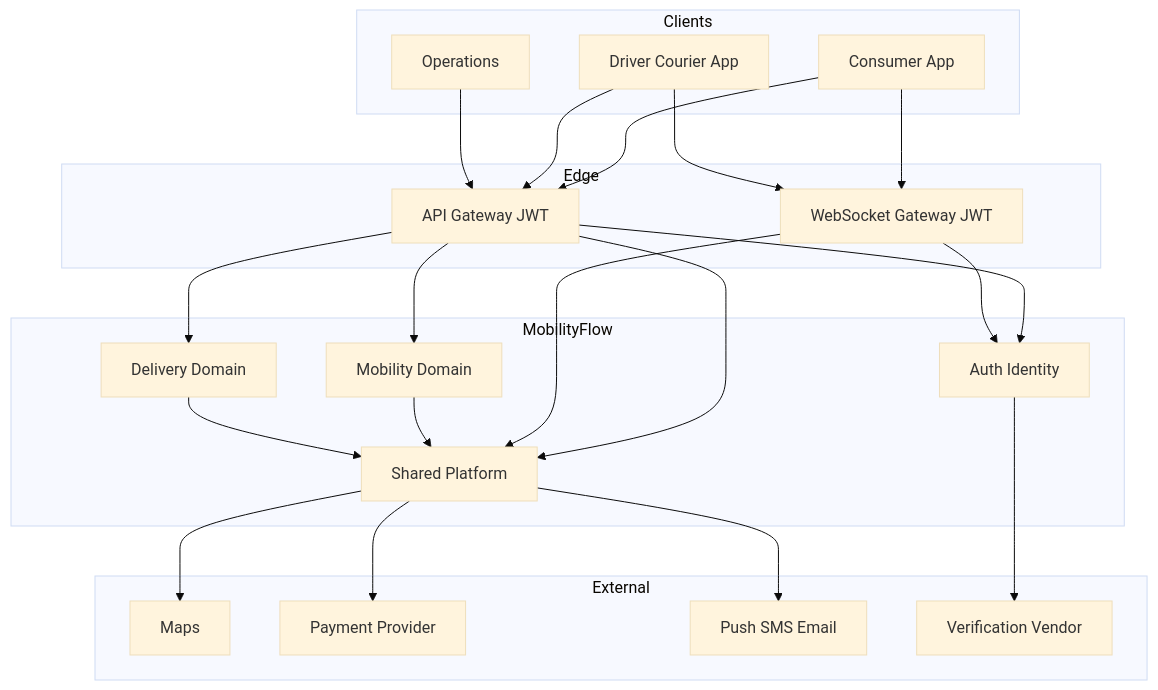
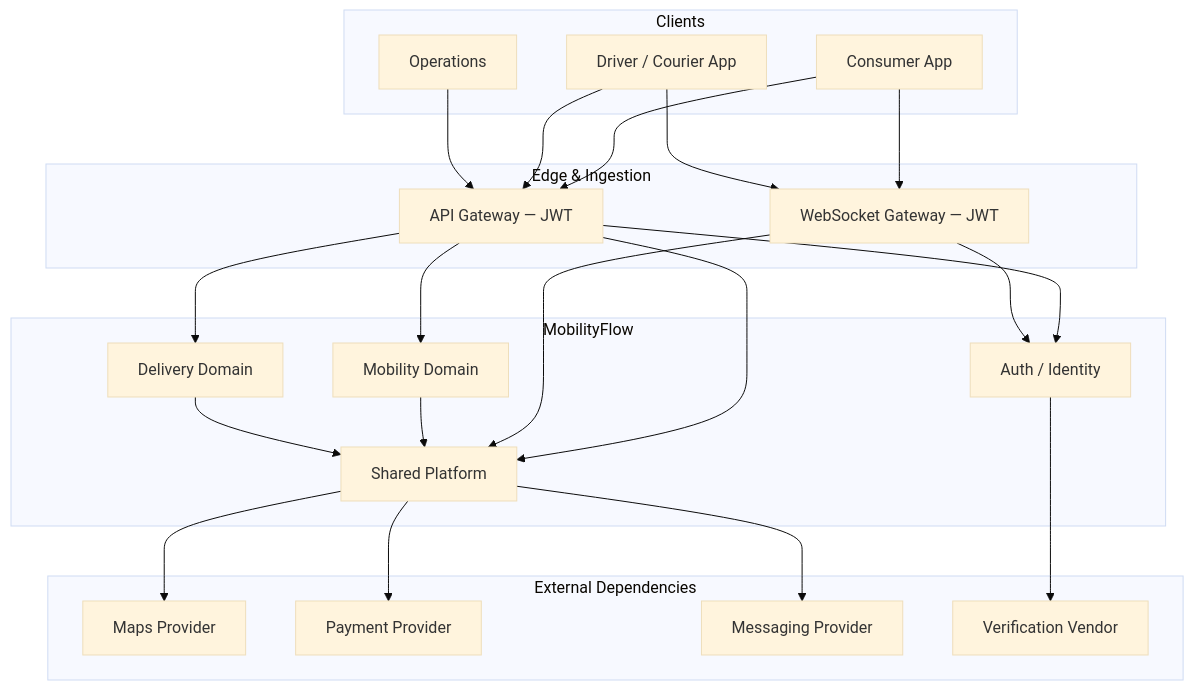
One commit to mostafiz57/Software-Architecture-Playbook changed the third of 17 diagrams in case-studies/mobility-delivery-platform/README.md. Above: the diagram before and after it, drawn with Mermaid (base theme). The commit also changed other lines of this file, not shown here.

````diff
--- a/case-studies/mobility-delivery-platform/README.md
+++ b/case-studies/mobility-delivery-platform/README.md
@@ -93,45 +119,45 @@
 ```mermaid
 flowchart TB
   subgraph Clients
     CApp["Consumer App"]
-    DApp["Driver Courier App"]
+    DApp["Driver / Courier App"]
     Ops["Operations"]
   end
 
-  subgraph Edge["Edge"]
-    REST["API Gateway JWT"]
-    WS["WebSocket Gateway JWT"]
+  subgraph Edge["Edge & Ingestion"]
+    REST["API Gateway — JWT"]
+    WS["WebSocket Gateway — JWT"]
   end
 
   subgraph Core["MobilityFlow"]
-    Auth["Auth Identity"]
+    Auth["Auth / Identity"]
     Mobility["Mobility Domain"]
     DeliveryDom["Delivery Domain"]
     Shared["Shared Platform"]
   end
 
-  subgraph External["External"]
-    Maps["Maps"]
+  subgraph External["External Dependencies"]
+    Maps["Maps Provider"]
     Pay["Payment Provider"]
-    Push["Push SMS Email"]
+    Push["Messaging Provider"]
     KYC["Verification Vendor"]
   end
 
   CApp --> REST
   CApp --> WS
   DApp --> REST
   DApp --> WS
   Ops --> REST
   REST --> Auth
   REST --> Mobility
   REST --> DeliveryDom
   REST --> Shared
   WS --> Auth
   WS --> Shared
   Auth --> KYC
   Mobility --> Shared
   DeliveryDom --> Shared
   Shared --> Maps
   Shared --> Pay
   Shared --> Push
 ```
````
